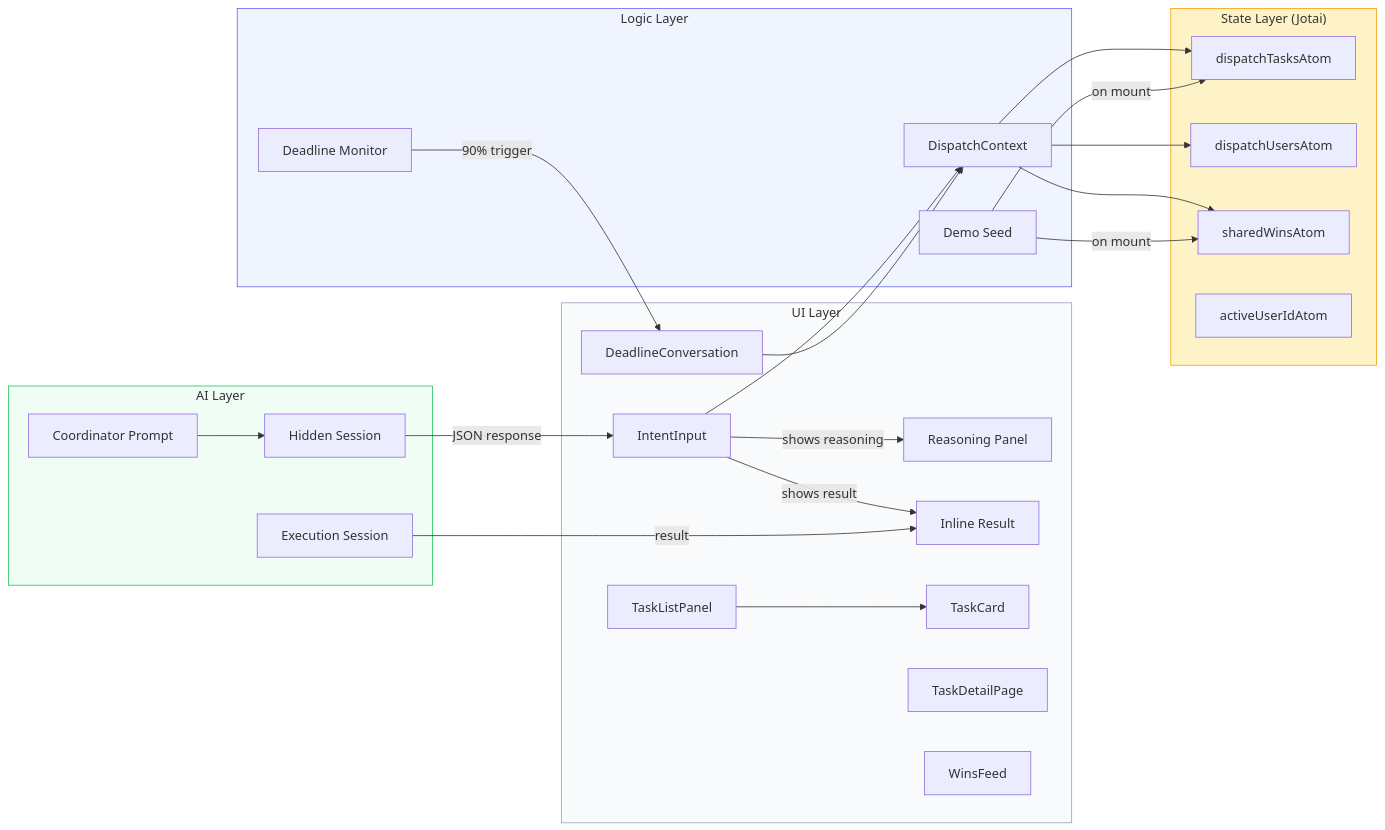
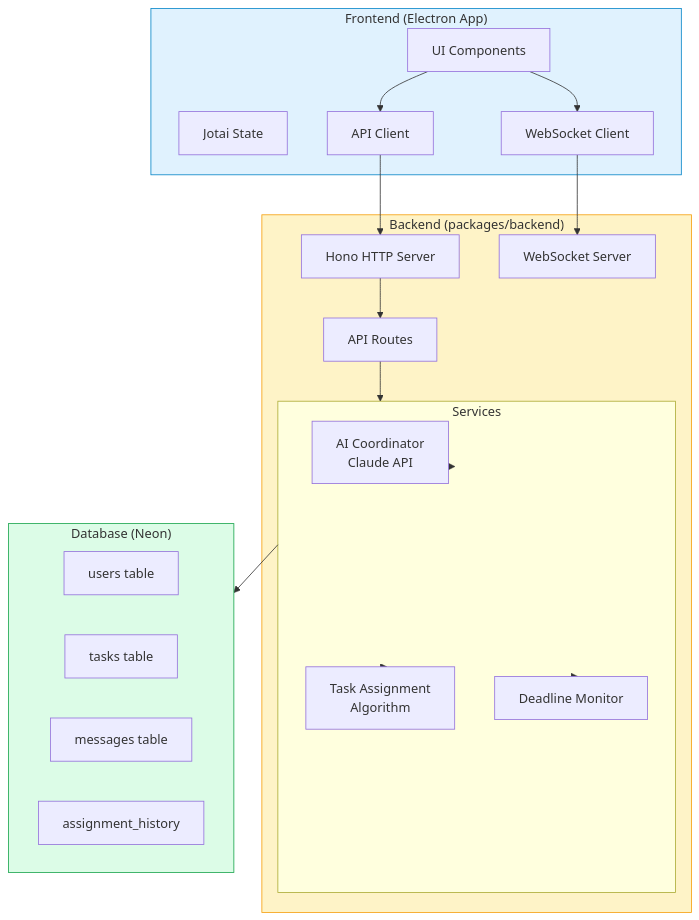
Before and after one commit to marvkr/better-slack: the second of 2 diagrams in prd.md, drawn with Mermaid. The commit also changed other lines of this file and 19 other files, not shown here.

````diff
--- a/prd.md
+++ b/prd.md
@@ -98,44 +107,44 @@
 ```mermaid
-graph LR
-    subgraph UI["UI Layer"]
-        IS[IntentInput] --> |shows reasoning| RP[Reasoning Panel]
-        IS --> |shows result| IR[Inline Result]
-        TL[TaskListPanel] --> TC[TaskCard]
-        TD[TaskDetailPage]
-        DC[DeadlineConversation]
-        WF[WinsFeed]
+graph TB
+    subgraph Frontend["Frontend (Electron App)"]
+        UI[UI Components]
+        State[Jotai State]
+        WS[WebSocket Client]
+        API[API Client]
     end
 
-    subgraph State["State Layer (Jotai)"]
-        TA[dispatchTasksAtom]
-        UA[dispatchUsersAtom]
-        WA[sharedWinsAtom]
-        AUI[activeUserIdAtom]
+    subgraph Backend["Backend (packages/backend)"]
+        Server[Hono HTTP Server]
+        WSS[WebSocket Server]
+        Routes[API Routes]
+        Services[Services Layer]
     end
 
-    subgraph Logic["Logic Layer"]
-        CC[DispatchContext]
-        DM[Deadline Monitor]
-        DS[Demo Seed]
+    subgraph Services["Services"]
+        Coordinator[AI Coordinator<br/>Claude API]
+        Assignment[Task Assignment<br/>Algorithm]
+        Monitor[Deadline Monitor]
     end
 
-    subgraph AI["AI Layer"]
-        CP[Coordinator Prompt] --> HS[Hidden Session]
-        HS --> |JSON response| IS
-        ES[Execution Session] --> |result| IR
+    subgraph Database["Database (Neon)"]
+        Users[users table]
+        Tasks[tasks table]
+        Messages[messages table]
+        History[assignment_history]
     end
 
-    IS --> CC
-    DC --> CC
-    CC --> TA
-    CC --> UA
-    CC --> WA
-    DM --> |90% trigger| DC
-    DS --> |on mount| TA
-    DS --> |on mount| WA
+    UI --> API
+    UI --> WS
+    API --> Server
+    WS --> WSS
+    Server --> Routes
+    Routes --> Services
+    Services --> Coordinator
+    Services --> Assignment
+    Services --> Monitor
+    Services --> Database
 
-    style UI fill:#f8fafc,stroke:#94a3b8
-    style State fill:#fef3c7,stroke:#f59e0b
-    style Logic fill:#f0f4ff,stroke:#6366f1
-    style AI fill:#f0fdf4,stroke:#22c55e
+    style Frontend fill:#e0f2fe,stroke:#0284c7
+    style Backend fill:#fef3c7,stroke:#f59e0b
+    style Database fill:#dcfce7,stroke:#16a34a
 ```
````
